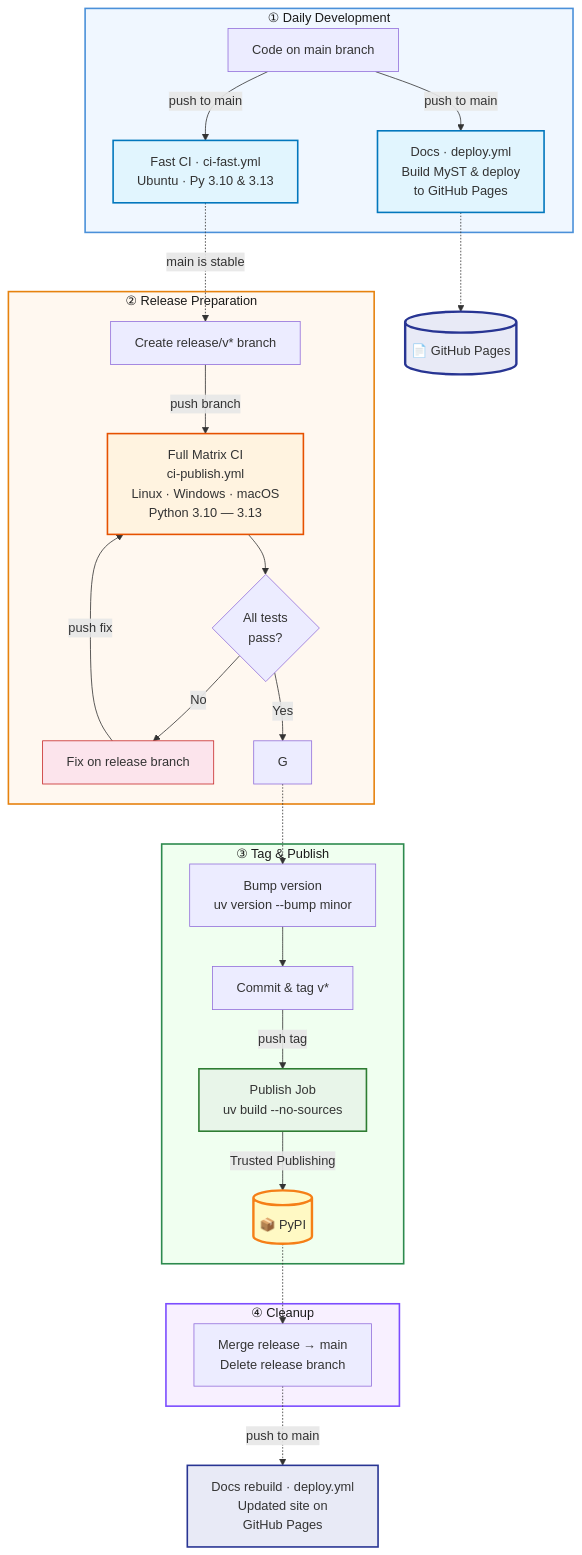
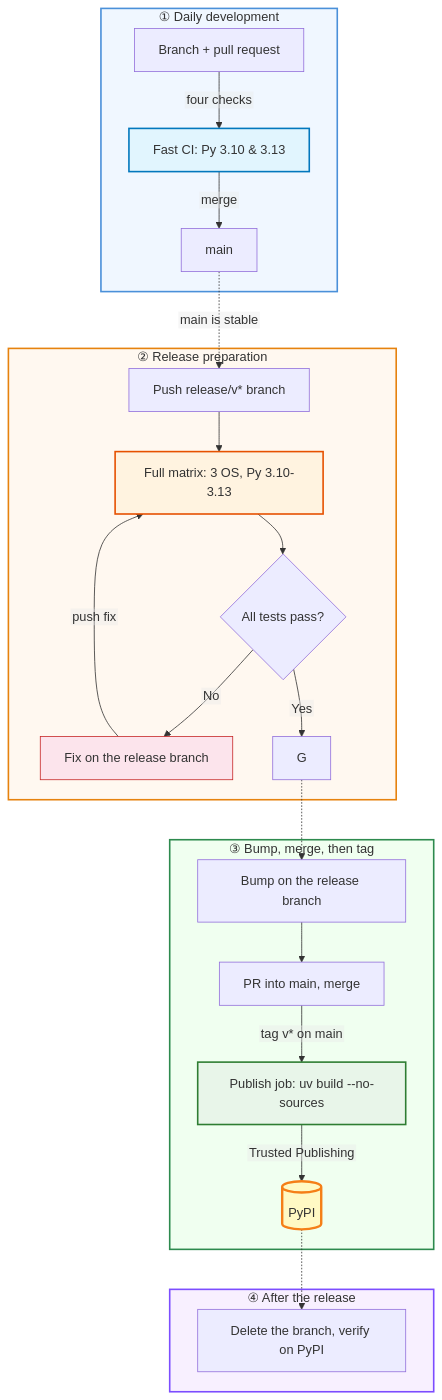
The diagram in docs/contributing/publishing.md (andrewendlinger/xmris), drawn with Mermaid before and after one commit. The commit also changed other lines of this file and 10 other files, not shown here.

First line of the commit message:
docs: a page owning the pull-request lifecycle, and the drift it exposed (#114)

````diff
--- a/docs/contributing/publishing.md
+++ b/docs/contributing/publishing.md
@@ -118,48 +122,43 @@
 ```{mermaid}
+%%{init: {'flowchart': {'htmlLabels': false}}}%%
 flowchart TD
-    subgraph dev ["① Daily Development"]
-        A[Code on main branch] -->|push to main| B[Fast CI · ci-fast.yml<br>Ubuntu · Py 3.10 & 3.13]
-        A -->|push to main| B2[Docs · deploy.yml<br>Build MyST & deploy<br>to GitHub Pages]
+    subgraph dev ["① Daily development"]
+        A["Branch + pull request"] -->|"four checks"| B["Fast CI: Py 3.10 & 3.13"]
+        B -->|"merge"| MAIN["main"]
     end
 
-    B -.->|main is stable| C
-    B2 -.-> PAGES[(📄 GitHub Pages)]
+    MAIN -.->|"main is stable"| C
 
-    subgraph release ["② Release Preparation"]
-        C[Create release/v* branch] -->|push branch| D[Full Matrix CI<br>ci-publish.yml<br>Linux · Windows · macOS<br>Python 3.10 — 3.13]
-        D --> E{All tests<br>pass?}
-        E -->|No| F[Fix on release branch]
-        F -->|push fix| D
-        E -->|Yes| G
+    subgraph release ["② Release preparation"]
+        C["Push release/v* branch"] --> D["Full matrix: 3 OS, Py 3.10-3.13"]
+        D --> E{"All tests pass?"}
+        E -->|"No"| F["Fix on the release branch"]
+        F -->|"push fix"| D
+        E -->|"Yes"| G
     end
 
     G -.-> H
 
-    subgraph publish ["③ Tag & Publish"]
-        H[Bump version<br>uv version --bump minor] --> I[Commit & tag v*]
-        I -->|push tag| J[Publish Job<br>uv build --no-sources]
-        J -->|Trusted Publishing| K[(📦 PyPI)]
+    subgraph publish ["③ Bump, merge, then tag"]
+        H["Bump on the release branch"] --> I["PR into main, merge"]
+        I -->|"tag v* on main"| J["Publish job: uv build --no-sources"]
+        J -->|"Trusted Publishing"| K[("PyPI")]
     end
 
     K -.-> L
 
-    subgraph cleanup ["④ Cleanup"]
-        L[Merge release → main<br>Delete release branch]
+    subgraph after ["④ After the release"]
+        L["Delete the branch, verify on PyPI"]
     end
-
-    L -.->|push to main| B2DOC[Docs rebuild · deploy.yml<br>Updated site on<br>GitHub Pages]
 
     style dev fill:#f0f7ff,stroke:#4a90d9,stroke-width:2px,color:#1a1a1a
     style release fill:#fff8f0,stroke:#e6820e,stroke-width:2px,color:#1a1a1a
     style publish fill:#f0fff0,stroke:#2d8a4e,stroke-width:2px,color:#1a1a1a
-    style cleanup fill:#f8f0ff,stroke:#7c4dff,stroke-width:2px,color:#1a1a1a
+    style after fill:#f8f0ff,stroke:#7c4dff,stroke-width:2px,color:#1a1a1a
 
     style B fill:#e1f5fe,stroke:#0277bd,stroke-width:2px
-    style B2 fill:#e1f5fe,stroke:#0277bd,stroke-width:2px
     style D fill:#fff3e0,stroke:#e65100,stroke-width:2px
     style F fill:#fce4ec,stroke:#c62828
     style J fill:#e8f5e9,stroke:#2e7d32,stroke-width:2px
     style K fill:#fff9c4,stroke:#f57f17,stroke-width:3px
-    style PAGES fill:#e8eaf6,stroke:#283593,stroke-width:3px
-    style B2DOC fill:#e8eaf6,stroke:#283593,stroke-width:2px
 ```
````
